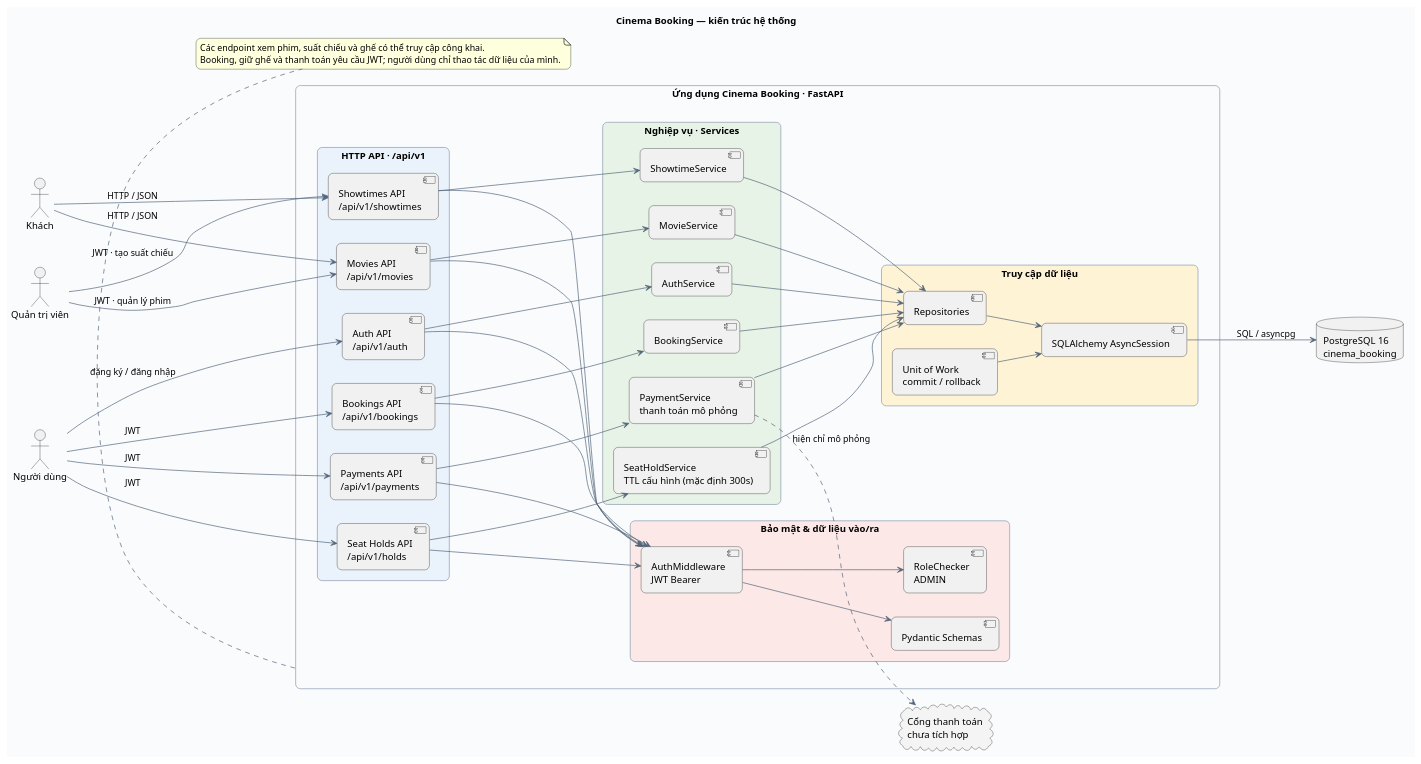
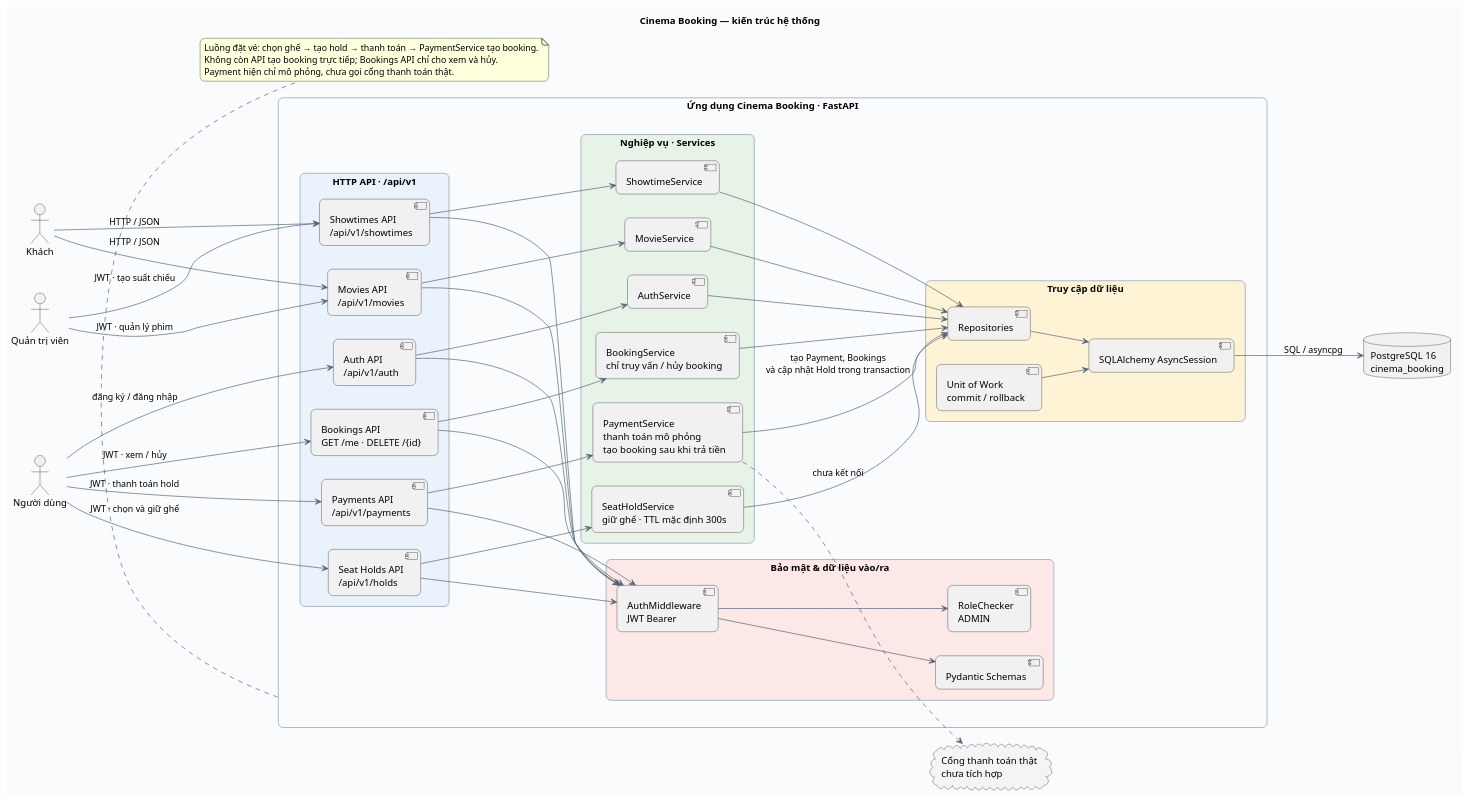
The diagram in docs/diagrams/architecture.puml (tuanduy010806/Cinema-Booking), drawn with PlantUML before and after one commit. The commit also changed 9 other files, not shown here.

Commit message:
Require payment before booking creation

```diff
--- a/docs/diagrams/architecture.puml
+++ b/docs/diagrams/architecture.puml
@@ -1,91 +1,92 @@
 @startuml
 title Cinema Booking — kiến trúc hệ thống
 left to right direction
 skinparam backgroundColor #FAFBFD
 skinparam shadowing false
 skinparam roundcorner 14
 skinparam packageStyle rectangle
 skinparam defaultFontName Arial
 skinparam ArrowColor #526579
 skinparam packageBorderColor #8A9BAD
 
 actor "Khách" as Guest
 actor "Người dùng" as User
 actor "Quản trị viên" as Admin
 
 rectangle "Ứng dụng Cinema Booking · FastAPI" as App {
   package "HTTP API · /api/v1" #EAF2FB {
     component "Auth API\n/api/v1/auth" as AuthAPI
     component "Movies API\n/api/v1/movies" as MovieAPI
     component "Showtimes API\n/api/v1/showtimes" as ShowtimeAPI
-    component "Bookings API\n/api/v1/bookings" as BookingAPI
+    component "Bookings API\nGET /me · DELETE /{id}" as BookingAPI
     component "Seat Holds API\n/api/v1/holds" as HoldAPI
     component "Payments API\n/api/v1/payments" as PaymentAPI
   }
 
   package "Bảo mật & dữ liệu vào/ra" #FCE8E6 {
     component "AuthMiddleware\nJWT Bearer" as Middleware
     component "RoleChecker\nADMIN" as RoleCheck
     component "Pydantic Schemas" as Schemas
   }
 
   package "Nghiệp vụ · Services" #E7F3E6 {
     component "AuthService" as AuthSvc
     component "MovieService" as MovieSvc
     component "ShowtimeService" as ShowtimeSvc
-    component "BookingService" as BookingSvc
-    component "SeatHoldService\nTTL cấu hình (mặc định 300s)" as HoldSvc
-    component "PaymentService\nthanh toán mô phỏng" as PaymentSvc
+    component "BookingService\nchỉ truy vấn / hủy booking" as BookingSvc
+    component "SeatHoldService\ngiữ ghế · TTL mặc định 300s" as HoldSvc
+    component "PaymentService\nthanh toán mô phỏng\ntạo booking sau khi trả tiền" as PaymentSvc
   }
 
   package "Truy cập dữ liệu" #FFF3D6 {
     component "Repositories" as Repos
     component "Unit of Work\ncommit / rollback" as UoW
     component "SQLAlchemy AsyncSession" as Session
   }
 }
 
 database "PostgreSQL 16\ncinema_booking" as DB
-cloud "Cổng thanh toán\nchưa tích hợp" as ExternalPayment #F4F4F4
+cloud "Cổng thanh toán thật\nchưa tích hợp" as ExternalPayment #F4F4F4
 
 Guest --> MovieAPI : HTTP / JSON
 Guest --> ShowtimeAPI : HTTP / JSON
 User --> AuthAPI : đăng ký / đăng nhập
-User --> BookingAPI : JWT
-User --> HoldAPI : JWT
-User --> PaymentAPI : JWT
+User --> HoldAPI : JWT · chọn và giữ ghế
+User --> PaymentAPI : JWT · thanh toán hold
+User --> BookingAPI : JWT · xem / hủy
 Admin --> MovieAPI : JWT · quản lý phim
 Admin --> ShowtimeAPI : JWT · tạo suất chiếu
 
 AuthAPI --> Middleware
 MovieAPI --> Middleware
 ShowtimeAPI --> Middleware
 BookingAPI --> Middleware
 HoldAPI --> Middleware
 PaymentAPI --> Middleware
 Middleware --> RoleCheck
 Middleware --> Schemas
 
 AuthAPI --> AuthSvc
 MovieAPI --> MovieSvc
 ShowtimeAPI --> ShowtimeSvc
 BookingAPI --> BookingSvc
 HoldAPI --> HoldSvc
 PaymentAPI --> PaymentSvc
 
 AuthSvc --> Repos
 MovieSvc --> Repos
 ShowtimeSvc --> Repos
 BookingSvc --> Repos
 HoldSvc --> Repos
-PaymentSvc --> Repos
+PaymentSvc --> Repos : tạo Payment, Bookings\nvà cập nhật Hold trong transaction
 Repos --> Session
 UoW --> Session
 Session --> DB : SQL / asyncpg
-PaymentSvc ..> ExternalPayment : hiện chỉ mô phỏng
+PaymentSvc ..> ExternalPayment : chưa kết nối
 
 note bottom of App
-  Các endpoint xem phim, suất chiếu và ghế có thể truy cập công khai.
-  Booking, giữ ghế và thanh toán yêu cầu JWT; người dùng chỉ thao tác dữ liệu của mình.
+  Luồng đặt vé: chọn ghế → tạo hold → thanh toán → PaymentService tạo booking.
+  Không còn API tạo booking trực tiếp; Bookings API chỉ cho xem và hủy.
+  Payment hiện chỉ mô phỏng, chưa gọi cổng thanh toán thật.
 end note
 @enduml
```
